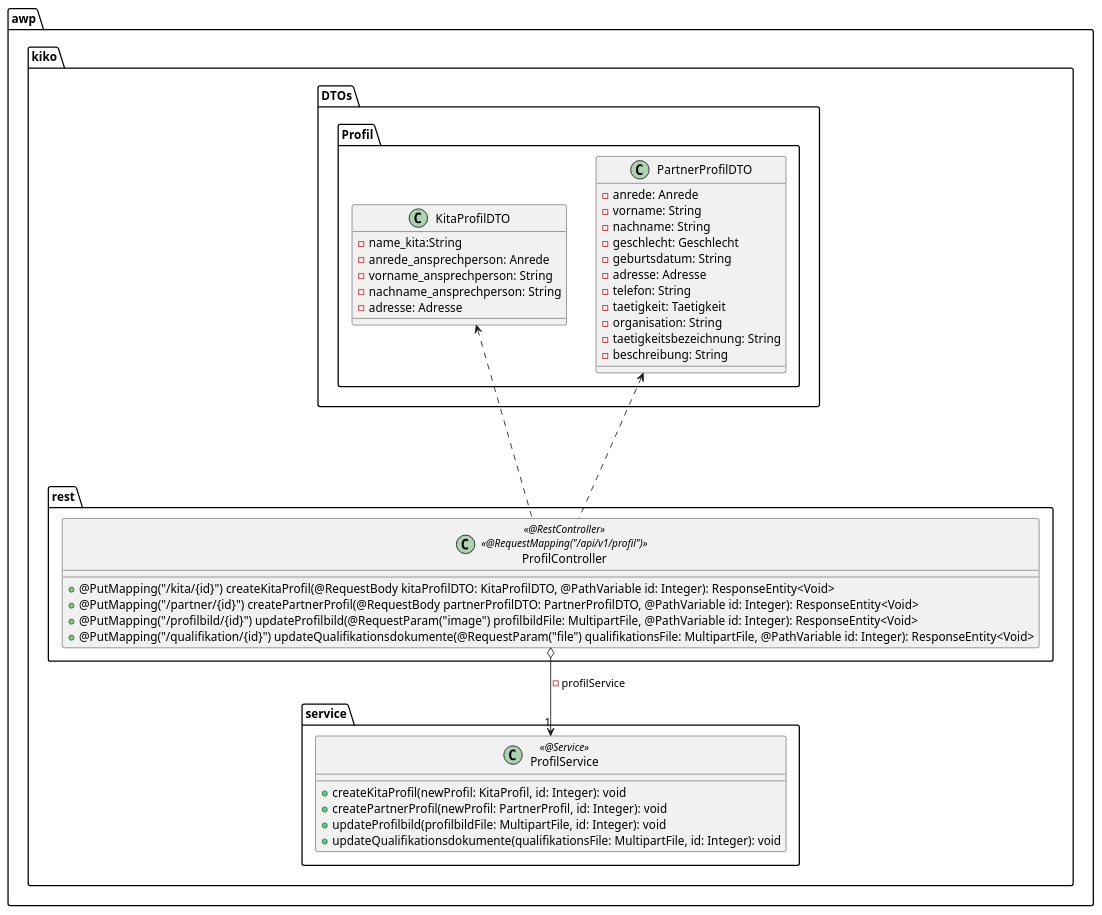
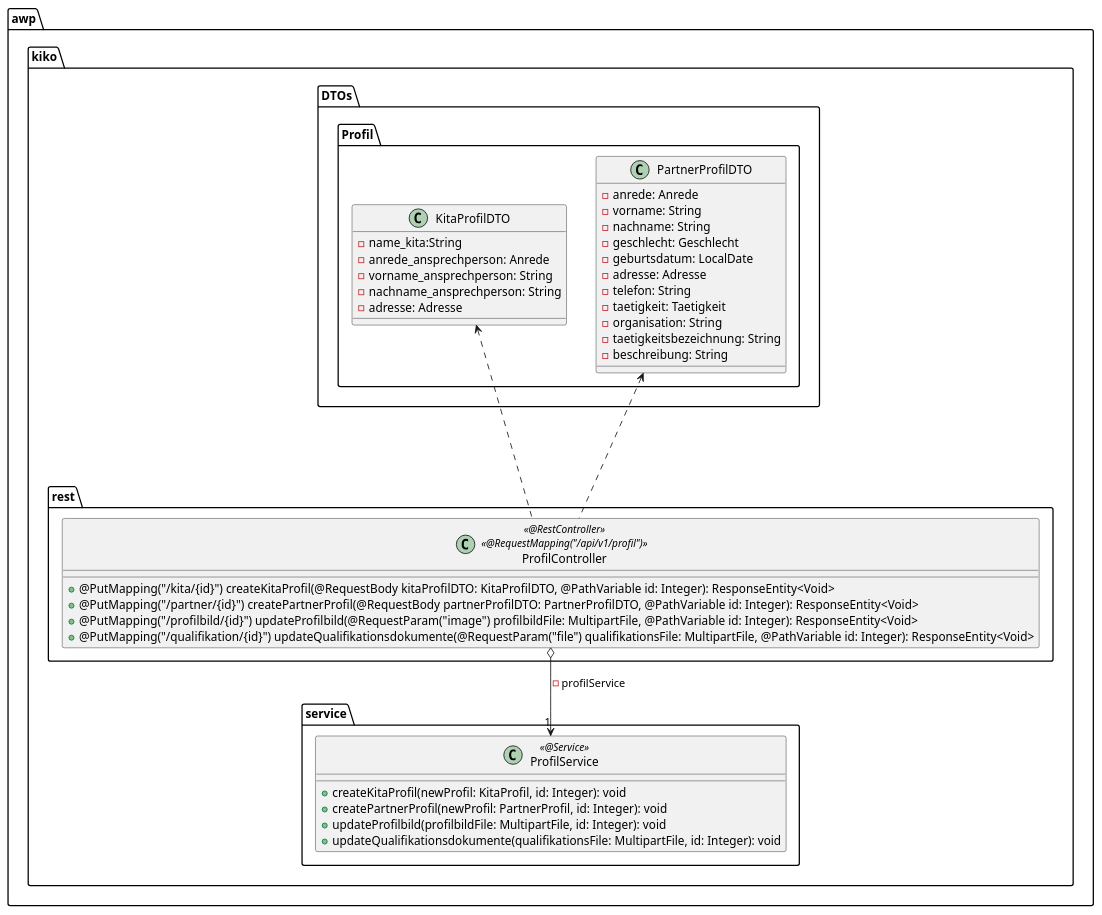
One commit to GoldHeartsRE/kiko changed the diagram in backend/.extras/doc/ProfilController.plantuml. Above: the diagram before and after it, drawn with PlantUML. The commit also changed 2 other files, not shown here.

Commit message:
Geburtsdatum Format beim PartnerProfilDTO angepasst

```diff
--- a/backend/.extras/doc/ProfilController.plantuml
+++ b/backend/.extras/doc/ProfilController.plantuml
@@ -1,48 +1,48 @@
 @startuml ProfilController
 package awp.kiko.rest {
     class ProfilController <<@RestController>> <<@RequestMapping("/api/v1/profil")>> {
         + @PutMapping("/kita/{id}") createKitaProfil(@RequestBody kitaProfilDTO: KitaProfilDTO, @PathVariable id: Integer): ResponseEntity<Void>
         + @PutMapping("/partner/{id}") createPartnerProfil(@RequestBody partnerProfilDTO: PartnerProfilDTO, @PathVariable id: Integer): ResponseEntity<Void>
         + @PutMapping("/profilbild/{id}") updateProfilbild(@RequestParam("image") profilbildFile: MultipartFile, @PathVariable id: Integer): ResponseEntity<Void>
         + @PutMapping("/qualifikation/{id}") updateQualifikationsdokumente(@RequestParam("file") qualifikationsFile: MultipartFile, @PathVariable id: Integer): ResponseEntity<Void>
     }
 }
 
 package awp.kiko.DTOs.Profil{
     class KitaProfilDTO {
         - name_kita:String
         - anrede_ansprechperson: Anrede
         - vorname_ansprechperson: String
         - nachname_ansprechperson: String
         - adresse: Adresse
     }
 
     class PartnerProfilDTO {
         - anrede: Anrede
         - vorname: String
         - nachname: String
         - geschlecht: Geschlecht
-        - geburtsdatum: String
+        - geburtsdatum: LocalDate
         - adresse: Adresse
         - telefon: String
         - taetigkeit: Taetigkeit
         - organisation: String
         - taetigkeitsbezeichnung: String
         - beschreibung: String
     }
 }
 
 package awp.kiko.service {
     class ProfilService <<@Service>> {
         + createKitaProfil(newProfil: KitaProfil, id: Integer): void
         + createPartnerProfil(newProfil: PartnerProfil, id: Integer): void
         + updateProfilbild(profilbildFile: MultipartFile, id: Integer): void
         + updateQualifikationsdokumente(qualifikationsFile: MultipartFile, id: Integer): void
     }
 }
 
 ProfilController o--> "1" ProfilService: -profilService
 ProfilController ..up.> PartnerProfilDTO
 ProfilController .up..> KitaProfilDTO
 
 @enduml
```
